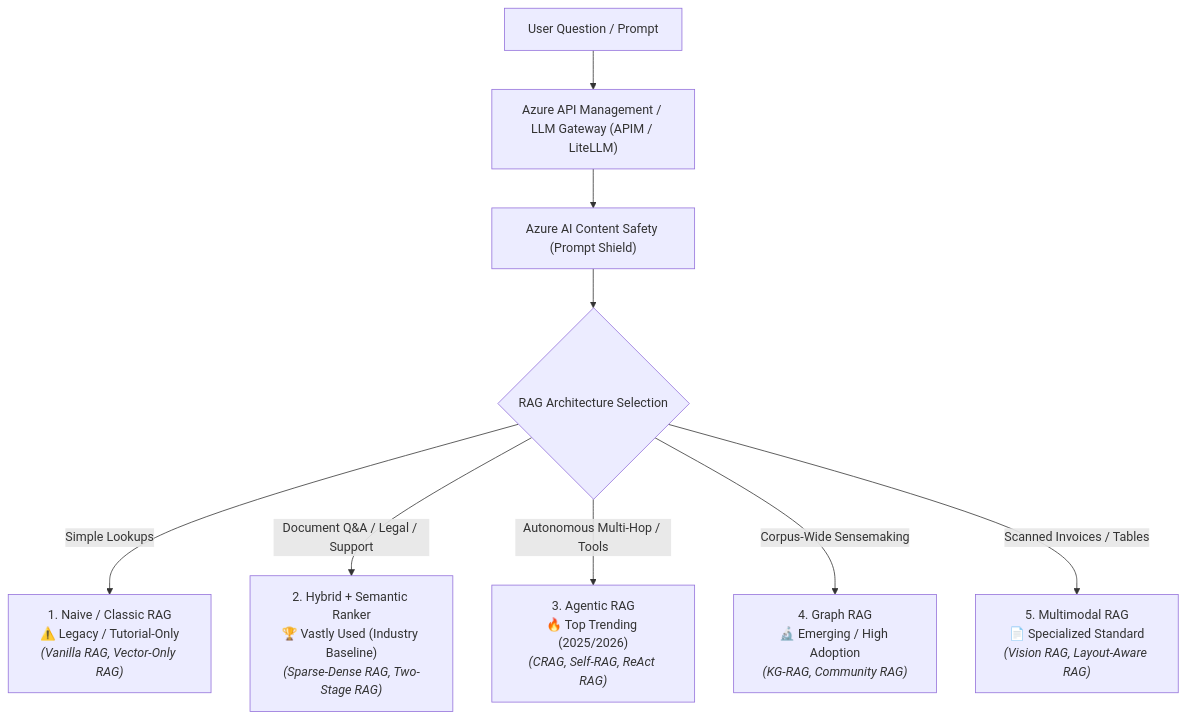
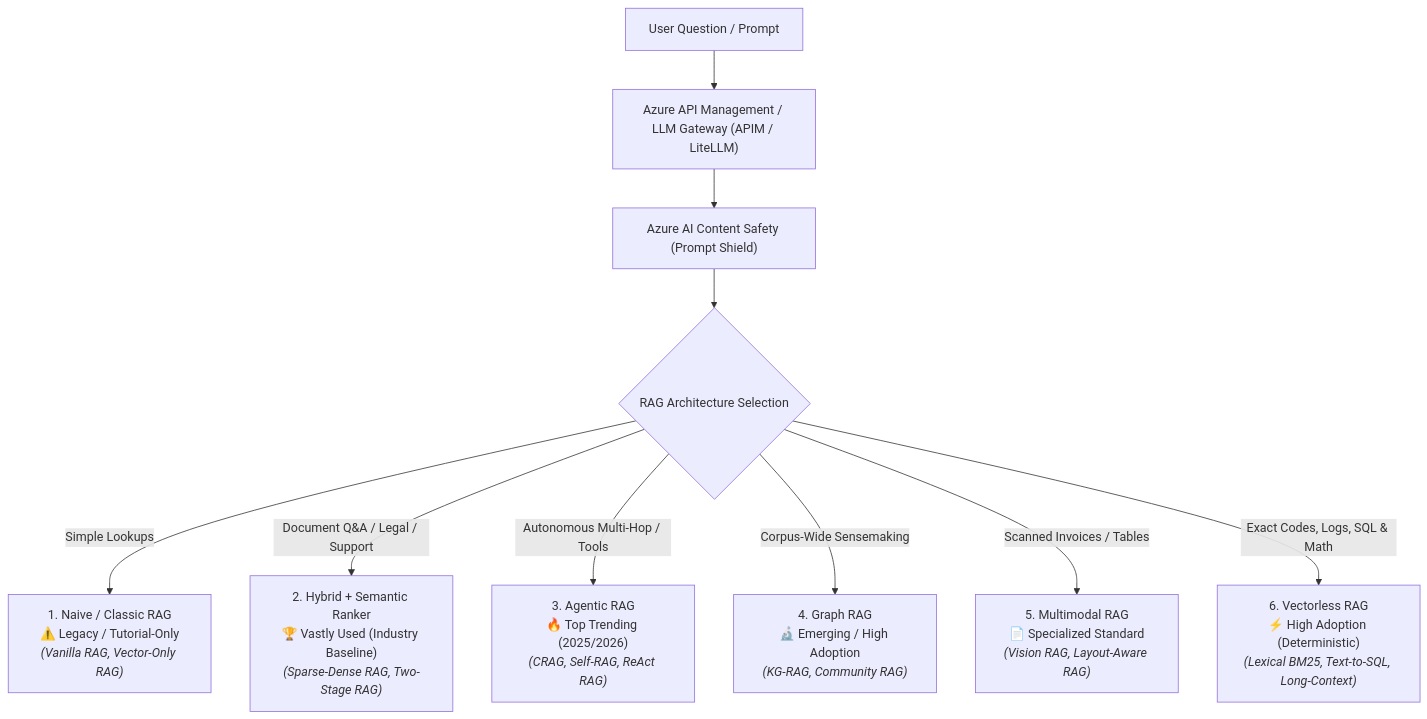
The first of 7 diagrams in docs/platform-guide/08-azure-rag-architectural-patterns.md (RepoCodeGanesh/terraform-azure-iac), drawn with Mermaid before and after one commit. The commit also changed other lines of this file, not shown here.

Commit message:
docs(rag): add Vectorless RAG architecture, comparison row, and industry users

````diff
--- a/docs/platform-guide/08-azure-rag-architectural-patterns.md
+++ b/docs/platform-guide/08-azure-rag-architectural-patterns.md
@@ -13,12 +13,13 @@
 ```mermaid
 graph TD
     User["User Question / Prompt"] --> Gateway["Azure API Management / LLM Gateway (APIM / LiteLLM)"]
     Gateway --> Safety["Azure AI Content Safety (Prompt Shield)"]
     Safety --> Router{"RAG Architecture Selection"}
     
     Router -->|Simple Lookups| Naive["1. Naive / Classic RAG<br>⚠️ Legacy / Tutorial-Only<br><i>(Vanilla RAG, Vector-Only RAG)</i>"]
     Router -->|Document Q&A / Legal / Support| Hybrid["2. Hybrid + Semantic Ranker<br>🏆 Vastly Used (Industry Baseline)<br><i>(Sparse-Dense RAG, Two-Stage RAG)</i>"]
     Router -->|Autonomous Multi-Hop / Tools| Agent["3. Agentic RAG<br>🔥 Top Trending (2025/2026)<br><i>(CRAG, Self-RAG, ReAct RAG)</i>"]
     Router -->|Corpus-Wide Sensemaking| Graph["4. Graph RAG<br>🔬 Emerging / High Adoption<br><i>(KG-RAG, Community RAG)</i>"]
     Router -->|Scanned Invoices / Tables| Multi["5. Multimodal RAG<br>📄 Specialized Standard<br><i>(Vision RAG, Layout-Aware RAG)</i>"]
+    Router -->|Exact Codes, Logs, SQL & Math| Vectorless["6. Vectorless RAG<br>⚡ High Adoption (Deterministic)<br><i>(Lexical BM25, Text-to-SQL, Long-Context)</i>"]
 ```
````
